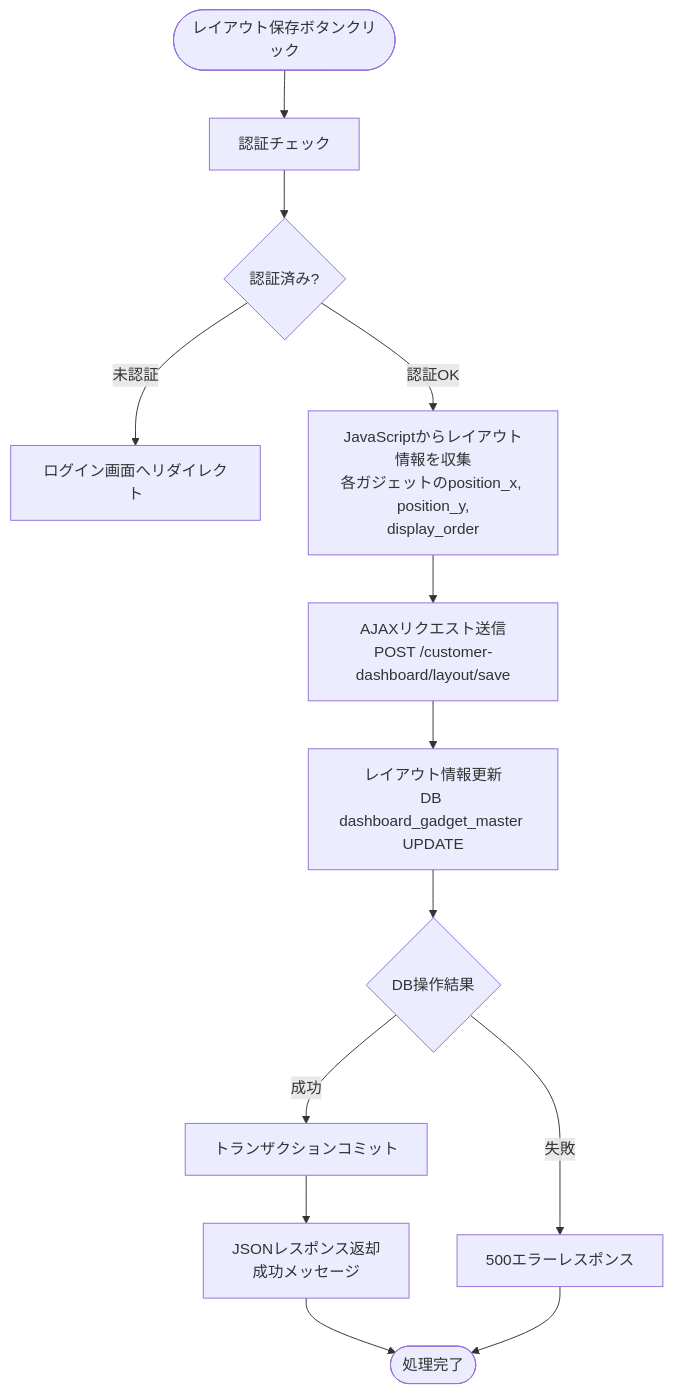
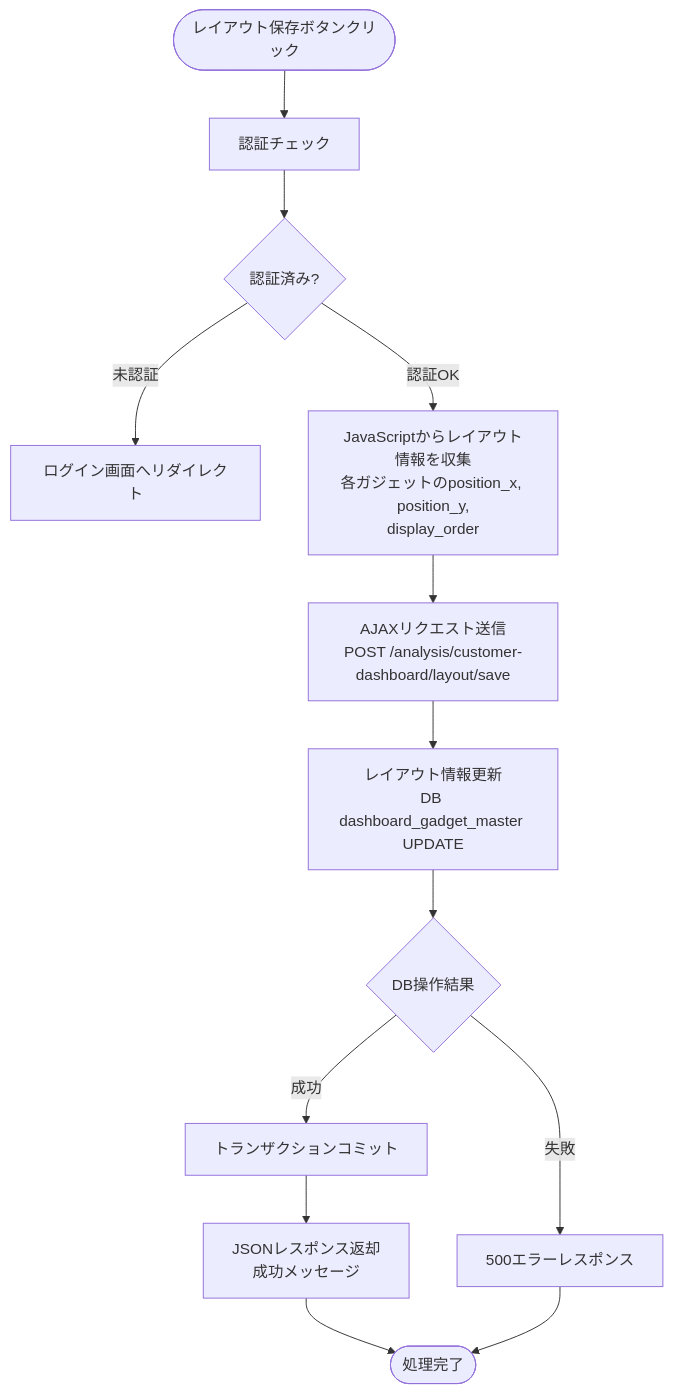
The tenth of 15 diagrams in docs/03-features/flask-app/customer-dashboard/common/workflow-specification.md (NSW-SVCP-AIWG002/Databricks-IoT), drawn with Mermaid before and after one commit. The commit also changed other lines of this file and 5 other files, not shown here.

````diff
--- a/docs/03-features/flask-app/customer-dashboard/common/workflow-specification.md
+++ b/docs/03-features/flask-app/customer-dashboard/common/workflow-specification.md
@@ -2085,17 +2085,17 @@
 ```mermaid
 flowchart TD
     Start([レイアウト保存ボタンクリック]) --> Auth[認証チェック]
     Auth --> CheckAuth{認証済み?}
     CheckAuth -->|未認証| LoginRedirect[ログイン画面へリダイレクト]
 
     CheckAuth -->|認証OK| GetLayout[JavaScriptからレイアウト情報を収集<br>各ガジェットのposition_x, position_y,<br>display_order]
-    GetLayout --> SendAjax[AJAXリクエスト送信<br>POST /customer-dashboard/layout/save]
+    GetLayout --> SendAjax[AJAXリクエスト送信<br>POST /analysis/customer-dashboard/layout/save]
     SendAjax --> UpdateDB[レイアウト情報更新<br>DB dashboard_gadget_master UPDATE]
     UpdateDB --> CheckUpdate{DB操作結果}
     CheckUpdate -->|失敗| Error500[500エラーレスポンス]
     CheckUpdate -->|成功| Commit[トランザクションコミット]
     Commit --> Response[JSONレスポンス返却<br>成功メッセージ]
 
     Response --> End([処理完了])
     Error500 --> End
 ```
````
